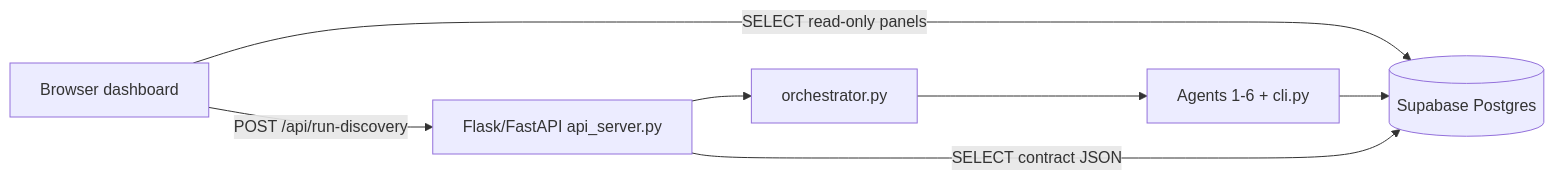
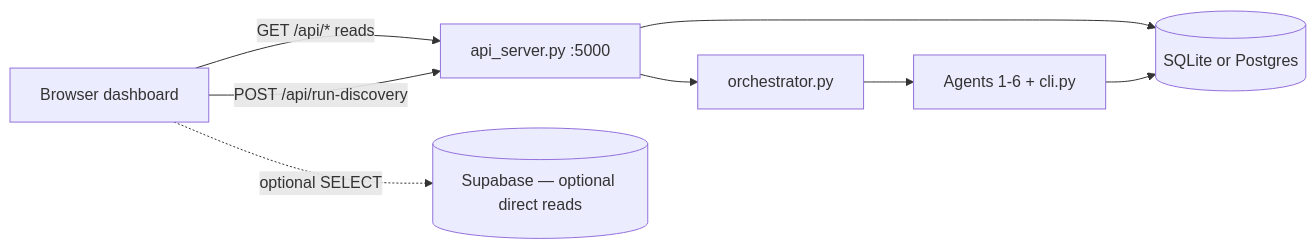
The diagram in docs/DASHBOARD.md (kahinimehta/Quorum), drawn with Mermaid before and after one commit. The commit also changed other lines of this file and 5 other files, not shown here.

First line of the commit message:
Docs: align quick verify with local API mode (no Supabase keys)

````diff
--- a/docs/DASHBOARD.md
+++ b/docs/DASHBOARD.md
@@ -7,15 +11,17 @@
 ```mermaid
 flowchart LR
   Browser[Browser dashboard]
-  SB[(Supabase Postgres)]
-  API[Flask/FastAPI api_server.py]
+  API[api_server.py :5000]
+  DB[(SQLite or Postgres)]
   Orch[orchestrator.py]
   Agents[Agents 1-6 + cli.py]
+  SB[(Supabase — optional direct reads)]
 
-  Browser -->|SELECT read-only panels| SB
+  Browser -->|GET /api/* reads| API
+  Browser -.->|optional SELECT| SB
   Browser -->|POST /api/run-discovery| API
+  API --> DB
   API --> Orch
   Orch --> Agents
-  Agents --> SB
-  API -->|SELECT contract JSON| SB
+  Agents --> DB
 ```
````
